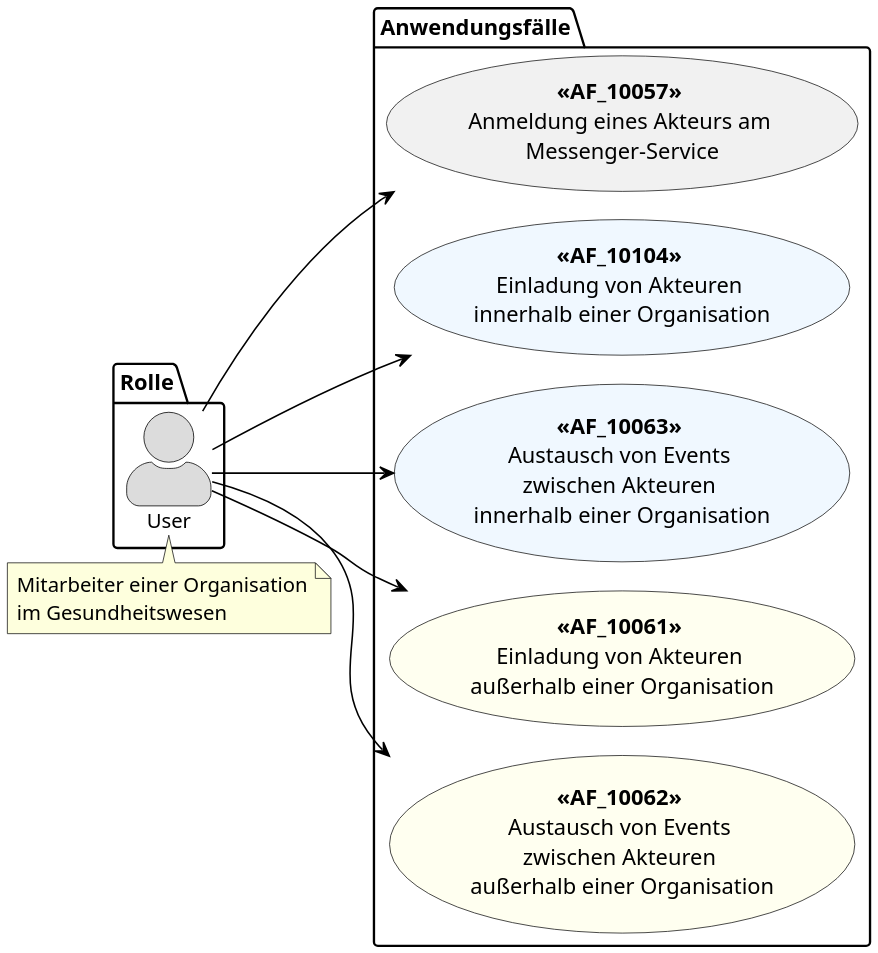
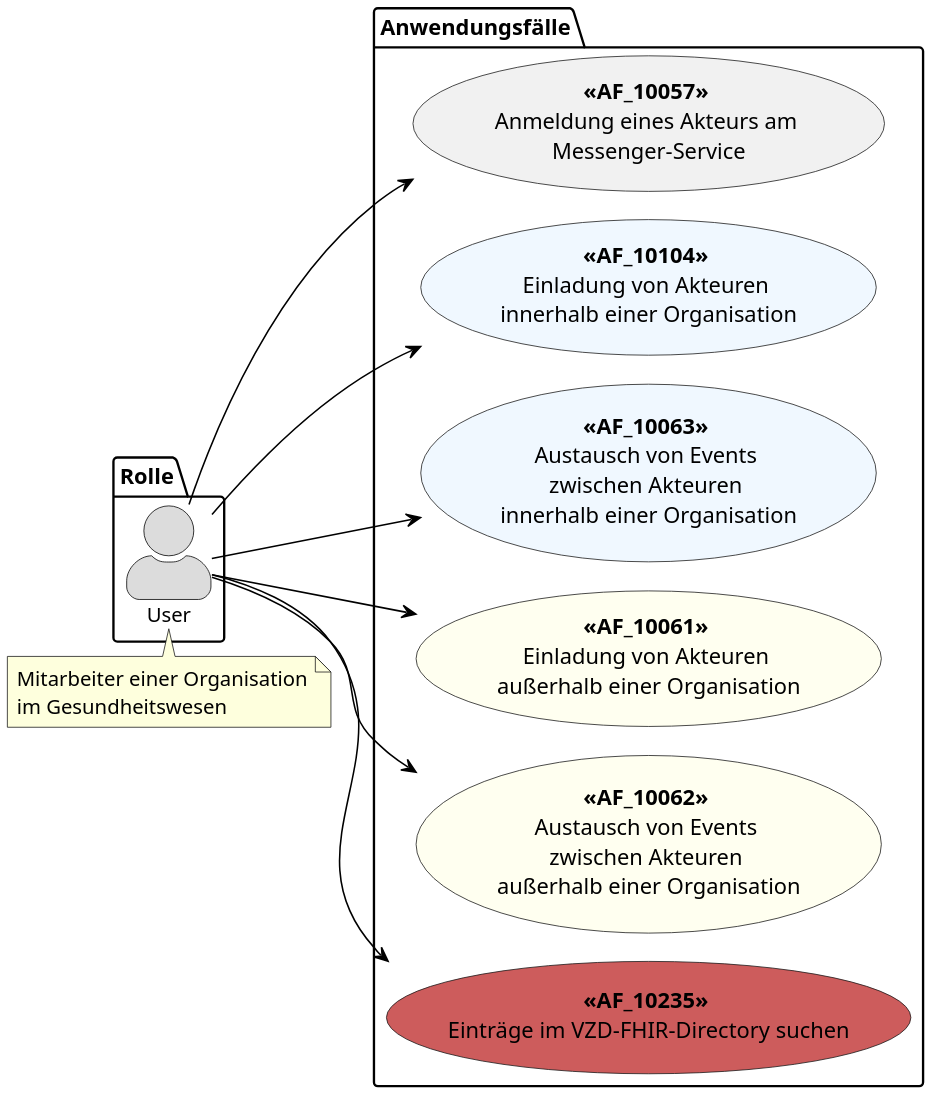
One commit to gematik/api-ti-messenger changed the diagram in src/plantuml/TI-Messenger-Dienst/Ressourcen/UC_user.puml. Above: the diagram before and after it, drawn with PlantUML.

Commit message:
added FHIR-VZD use case

```diff
--- a/src/plantuml/TI-Messenger-Dienst/Ressourcen/UC_user.puml
+++ b/src/plantuml/TI-Messenger-Dienst/Ressourcen/UC_user.puml
@@ -8,52 +8,53 @@
 @startuml
 !pragma layout smetana
 skinparam actorStyle awesome
 left to right direction
 scale 6/3
 
 skinparam sequence {
 ArrowColor black
 ArrowFontSize 17
 ActorBorderColor black
 LifeLineBorderColor black
 LifeLineBackgroundColor Gainsboro
 
 ParticipantBorderColor Motivation
 ParticipantBackgroundColor Motivation
 ParticipantFontName Impact
 ParticipantFontSize 20
 ParticipantFontColor black
 ParticipantBorderColor Black
 ParticipantBackgroundColor MOTIVATION
 
 ActorBackgroundColor Gainsboro
 ActorFontColor black
 ActorFontSize 13
 ActorFontName Aapex
 }
 
 package Rolle {
 actor "User" as u
 }
 
 package Anwendungsfälle {
 usecase "**<<AF_10057>>** \nAnmeldung eines Akteurs am \nMessenger-Service" as UC1
 usecase "**<<AF_10104>>** \nEinladung von Akteuren \ninnerhalb einer Organisation" as UC2 #AliceBlue
 usecase "**<<AF_10063>>** \nAustausch von Events \nzwischen Akteuren \ninnerhalb einer Organisation" as UC3 #AliceBlue
 usecase "**<<AF_10061>>** \nEinladung von Akteuren \naußerhalb einer Organisation" as UC4 #Ivory
 usecase "**<<AF_10062>>** \nAustausch von Events \nzwischen Akteuren \naußerhalb einer Organisation" as UC5 #Ivory
+usecase "**<<AF_10235>>** \nEinträge im VZD-FHIR-Directory suchen" as UC6 #IndianRed
 }
 
 u --> UC1
 u --> UC2
 u --> UC3
 u --> UC4
 u --> UC5
-
+u --> UC6
 
 note top of (u)
 Mitarbeiter einer Organisation
 im Gesundheitswesen
 end note
 
 @enduml
```
